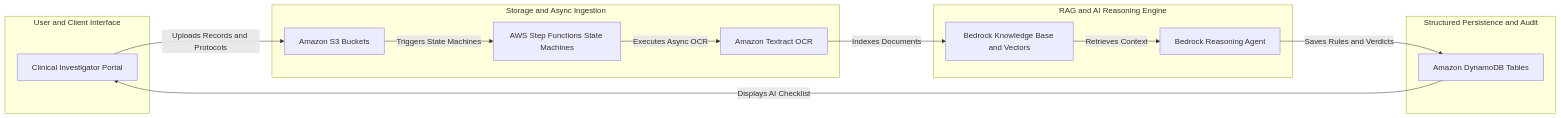
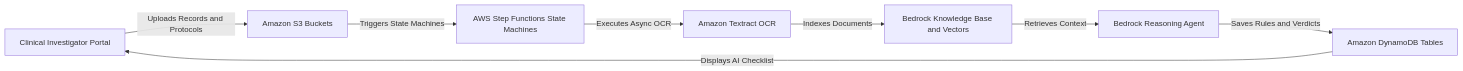
The first of 6 diagrams in Architecture.md (skarj/aws-solution-medical-agent), drawn with Mermaid before and after one commit. The commit also changed other lines of this file and 1 other file, not shown here.

Commit message:
Improve Diagrams

````diff
--- a/Architecture.md
+++ b/Architecture.md
@@ -5,29 +5,18 @@
 ```mermaid
 graph LR
-    subgraph Client_Tier ["User and Client Interface"]
-        WEB["Clinical Investigator Portal"]
-    end
-
-    subgraph Ingestion_Tier ["Storage and Async Ingestion"]
-        S3["Amazon S3 Buckets"]
-        SFN["AWS Step Functions State Machines"]
-        OCR["Amazon Textract OCR"]
-    end
-
-    subgraph AI_Engine_Tier ["RAG and AI Reasoning Engine"]
-        KB["Bedrock Knowledge Base and Vectors"]
-        AGENT["Bedrock Reasoning Agent"]
-    end
-
-    subgraph Persistence_Tier ["Structured Persistence and Audit"]
-        DDB["Amazon DynamoDB Tables"]
-    end
+    WEB["Clinical Investigator Portal"]
+    S3["Amazon S3 Buckets"]
+    SFN["AWS Step Functions State Machines"]
+    OCR["Amazon Textract OCR"]
+    KB["Bedrock Knowledge Base and Vectors"]
+    AGENT["Bedrock Reasoning Agent"]
+    DDB["Amazon DynamoDB Tables"]
 
     WEB -->|"Uploads Records and Protocols"| S3
     S3 -->|"Triggers State Machines"| SFN
     SFN -->|"Executes Async OCR"| OCR
     OCR -->|"Indexes Documents"| KB
     KB -->|"Retrieves Context"| AGENT
     AGENT -->|"Saves Rules and Verdicts"| DDB
     DDB -->|"Displays AI Checklist"| WEB
 ```
````
